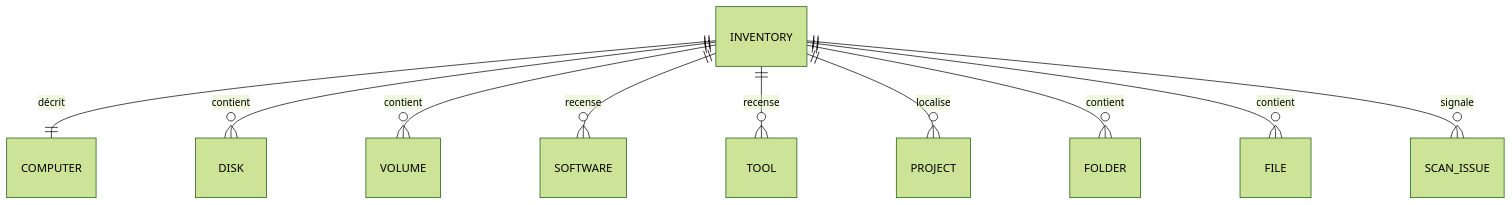
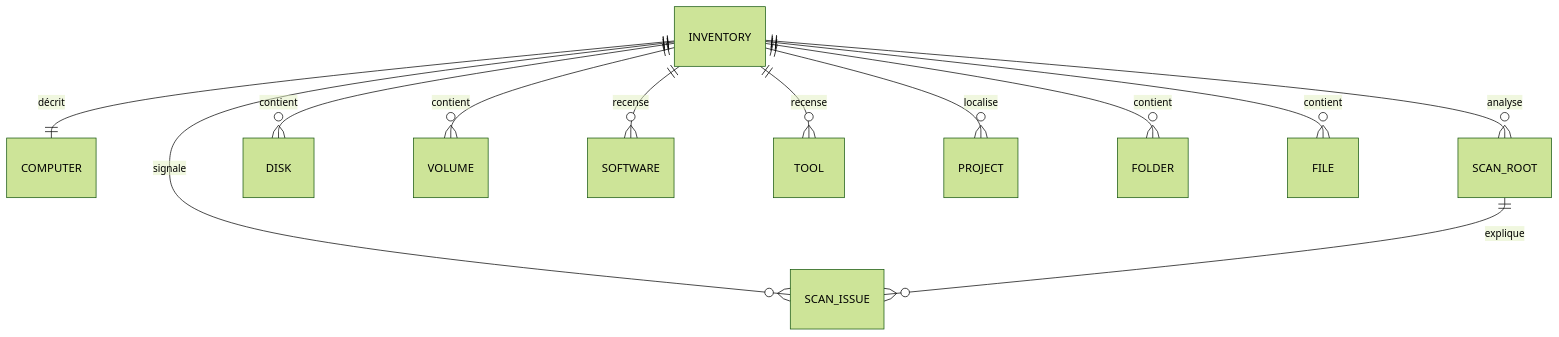
Before and after one commit to Boitier13/ATLAS-PC: the diagram in docs/08-modele-sqlite.md, drawn with Mermaid (forest theme). The commit also changed other lines of this file and 10 other files, not shown here.

````diff
--- a/docs/08-modele-sqlite.md
+++ b/docs/08-modele-sqlite.md
@@ -26,12 +28,14 @@
 ```mermaid
 erDiagram
     INVENTORY ||--|| COMPUTER : "décrit"
+    INVENTORY ||--o{ SCAN_ROOT : "analyse"
     INVENTORY ||--o{ DISK : "contient"
     INVENTORY ||--o{ VOLUME : "contient"
     INVENTORY ||--o{ SOFTWARE : "recense"
     INVENTORY ||--o{ TOOL : "recense"
     INVENTORY ||--o{ PROJECT : "localise"
     INVENTORY ||--o{ FOLDER : "contient"
     INVENTORY ||--o{ FILE : "contient"
     INVENTORY ||--o{ SCAN_ISSUE : "signale"
+    SCAN_ROOT ||--o{ SCAN_ISSUE : "explique"
 ```
````
